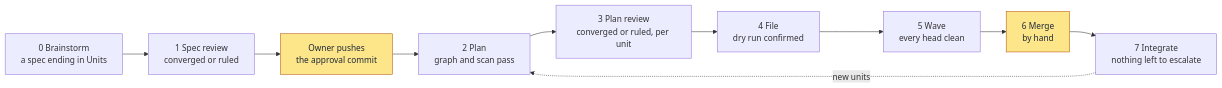
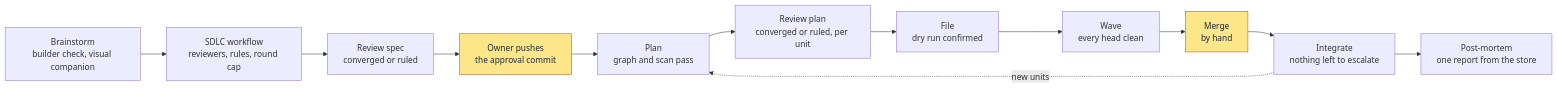
Before and after one commit to gsVAM/SuperEGM: the first of 3 diagrams in README.md, drawn with Mermaid. The commit also changed other lines of this file and 4 other files, not shown here.

````diff
--- a/README.md
+++ b/README.md
@@ -110,14 +110,16 @@
 ```mermaid
 flowchart LR
-  P0["0 Brainstorm<br/>a spec ending in Units"] --> P1["1 Spec review<br/>converged or ruled"]
+  B0["Brainstorm<br/>builder check, visual companion"] --> W0["SDLC workflow<br/>reviewers, rules, round cap"]
+  W0 --> P1["Review spec<br/>converged or ruled"]
   P1 --> H1["Owner pushes<br/>the approval commit"]
-  H1 --> P2["2 Plan<br/>graph and scan pass"]
-  P2 --> P3["3 Plan review<br/>converged or ruled, per unit"]
-  P3 --> P4["4 File<br/>dry run confirmed"]
-  P4 --> P5["5 Wave<br/>every head clean"]
-  P5 --> H2["6 Merge<br/>by hand"]
-  H2 --> P7["7 Integrate<br/>nothing left to escalate"]
+  H1 --> P2["Plan<br/>graph and scan pass"]
+  P2 --> P3["Review plan<br/>converged or ruled, per unit"]
+  P3 --> P4["File<br/>dry run confirmed"]
+  P4 --> P5["Wave<br/>every head clean"]
+  P5 --> H2["Merge<br/>by hand"]
+  H2 --> P7["Integrate<br/>nothing left to escalate"]
+  P7 --> PM["Post-mortem<br/>one report from the store"]
   P7 -.->|new units| P2
   classDef human fill:#fde68a,stroke:#b45309,color:#1f2937
   class H1,H2 human
 ```
````
